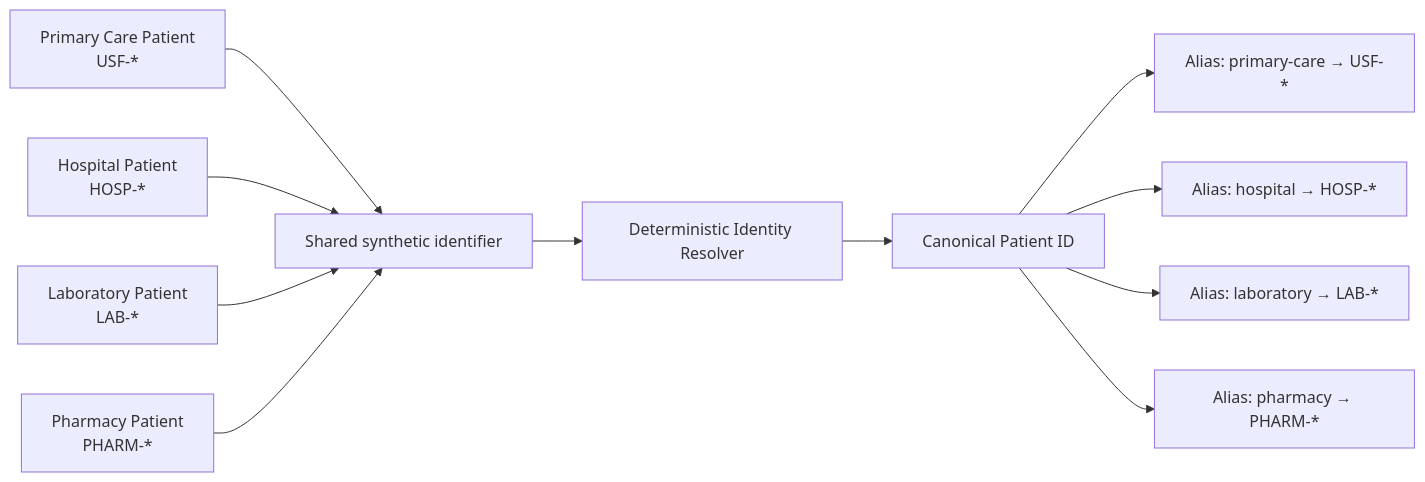
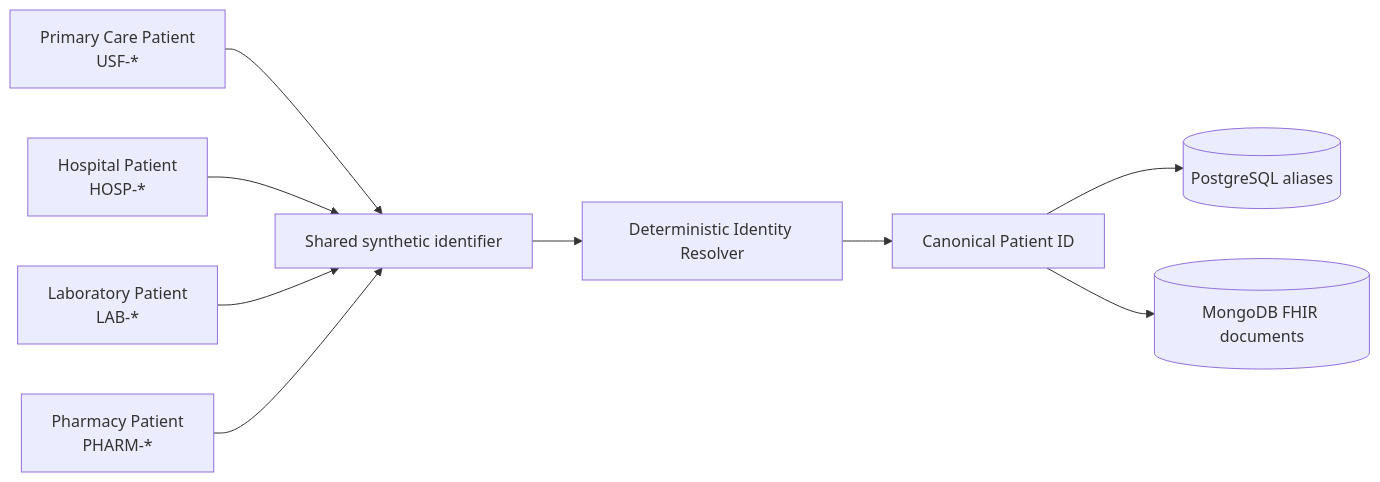
Before and after one commit to DiogoRibeiro7/sns-patient-360: the third of 4 diagrams in docs/architecture/ingestion-persistence.md, drawn with Mermaid. The commit also changed other lines of this file, not shown here.

Commit message:
docs: define polyglot persistence architecture

````diff
--- a/docs/architecture/ingestion-persistence.md
+++ b/docs/architecture/ingestion-persistence.md
@@ -44,23 +98,22 @@
 ```mermaid
 flowchart LR
     PC[Primary Care Patient<br/>USF-*]
     H[Hospital Patient<br/>HOSP-*]
     L[Laboratory Patient<br/>LAB-*]
     P[Pharmacy Patient<br/>PHARM-*]
 
     ID[Shared synthetic identifier]
     RESOLVE[Deterministic Identity Resolver]
     CANON[Canonical Patient ID]
+    PG[(PostgreSQL aliases)]
+    MONGO[(MongoDB FHIR documents)]
 
     PC --> ID
     H --> ID
     L --> ID
     P --> ID
     ID --> RESOLVE
     RESOLVE --> CANON
-
-    CANON --> A1[Alias: primary-care → USF-*]
-    CANON --> A2[Alias: hospital → HOSP-*]
-    CANON --> A3[Alias: laboratory → LAB-*]
-    CANON --> A4[Alias: pharmacy → PHARM-*]
+    CANON --> PG
+    CANON --> MONGO
 ```
````
